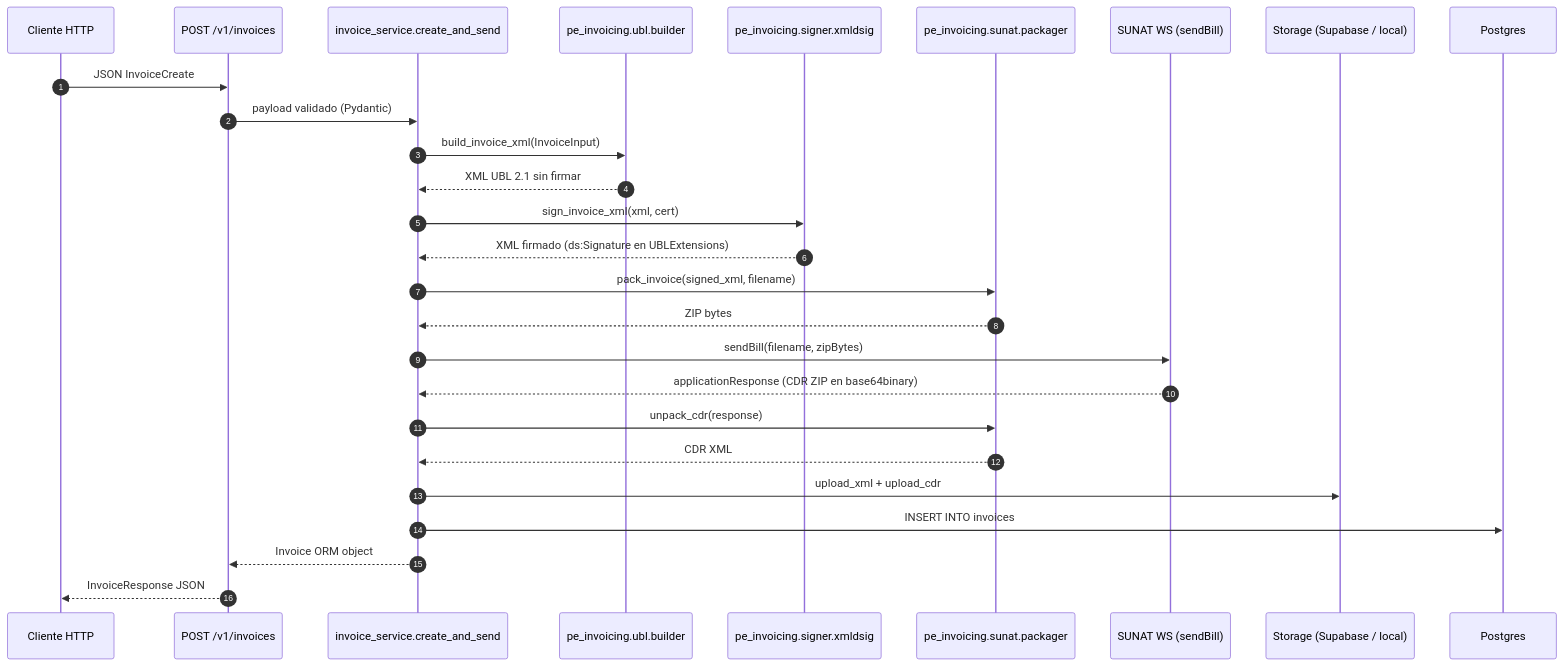
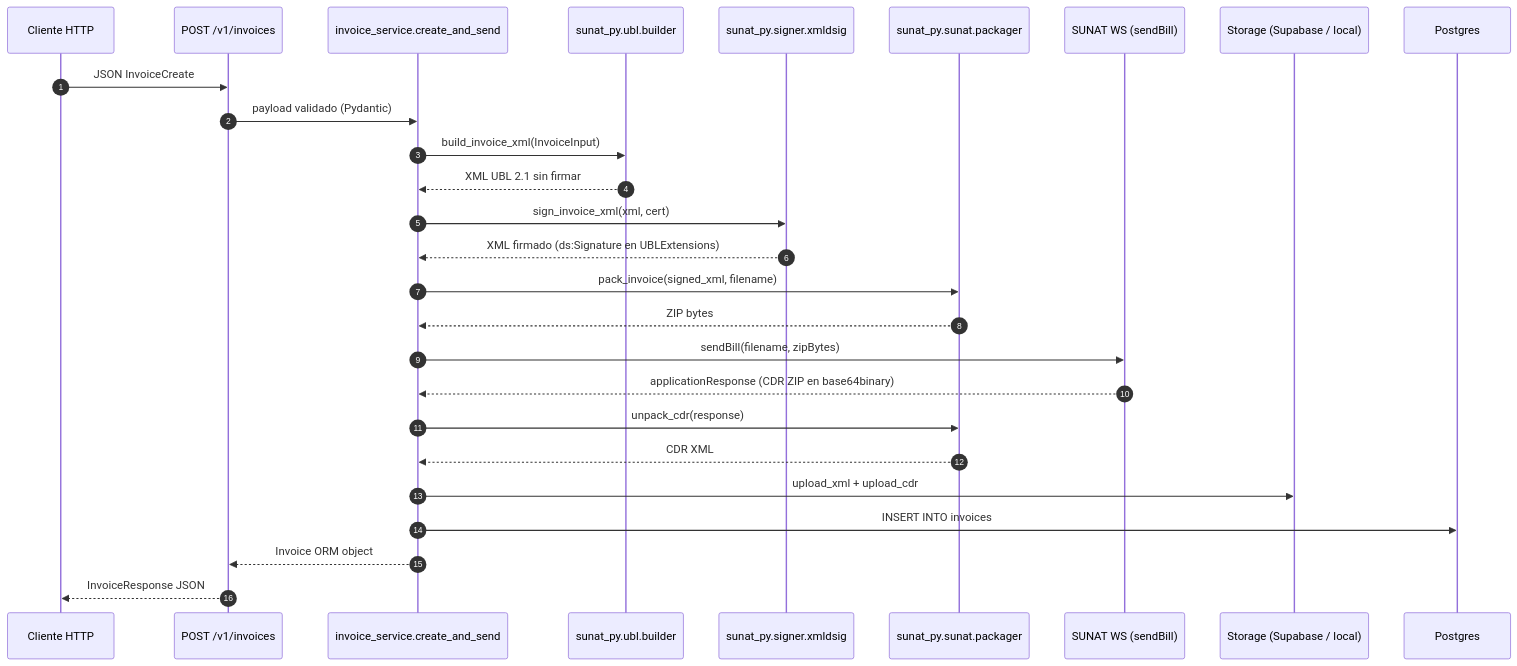
The diagram in docs/ARCHITECTURE.md (userDKX/SIS-Facturador), drawn with Mermaid before and after one commit. The commit also changed other lines of this file and 14 other files, not shown here.

````diff
--- a/docs/ARCHITECTURE.md
+++ b/docs/ARCHITECTURE.md
@@ -41,30 +41,30 @@
 ```mermaid
 sequenceDiagram
     autonumber
     participant Client as Cliente HTTP
     participant Router as POST /v1/invoices
     participant Service as invoice_service.create_and_send
-    participant Builder as pe_invoicing.ubl.builder
-    participant Signer as pe_invoicing.signer.xmldsig
-    participant Packager as pe_invoicing.sunat.packager
+    participant Builder as sunat_py.ubl.builder
+    participant Signer as sunat_py.signer.xmldsig
+    participant Packager as sunat_py.sunat.packager
     participant SUNAT as SUNAT WS (sendBill)
     participant Storage as Storage (Supabase / local)
     participant DB as Postgres
 
     Client->>Router: JSON InvoiceCreate
     Router->>Service: payload validado (Pydantic)
     Service->>Builder: build_invoice_xml(InvoiceInput)
     Builder-->>Service: XML UBL 2.1 sin firmar
     Service->>Signer: sign_invoice_xml(xml, cert)
     Signer-->>Service: XML firmado (ds:Signature en UBLExtensions)
     Service->>Packager: pack_invoice(signed_xml, filename)
     Packager-->>Service: ZIP bytes
     Service->>SUNAT: sendBill(filename, zipBytes)
     SUNAT-->>Service: applicationResponse (CDR ZIP en base64binary)
     Service->>Packager: unpack_cdr(response)
     Packager-->>Service: CDR XML
     Service->>Storage: upload_xml + upload_cdr
     Service->>DB: INSERT INTO invoices
     Service-->>Router: Invoice ORM object
     Router-->>Client: InvoiceResponse JSON
 ```
````
